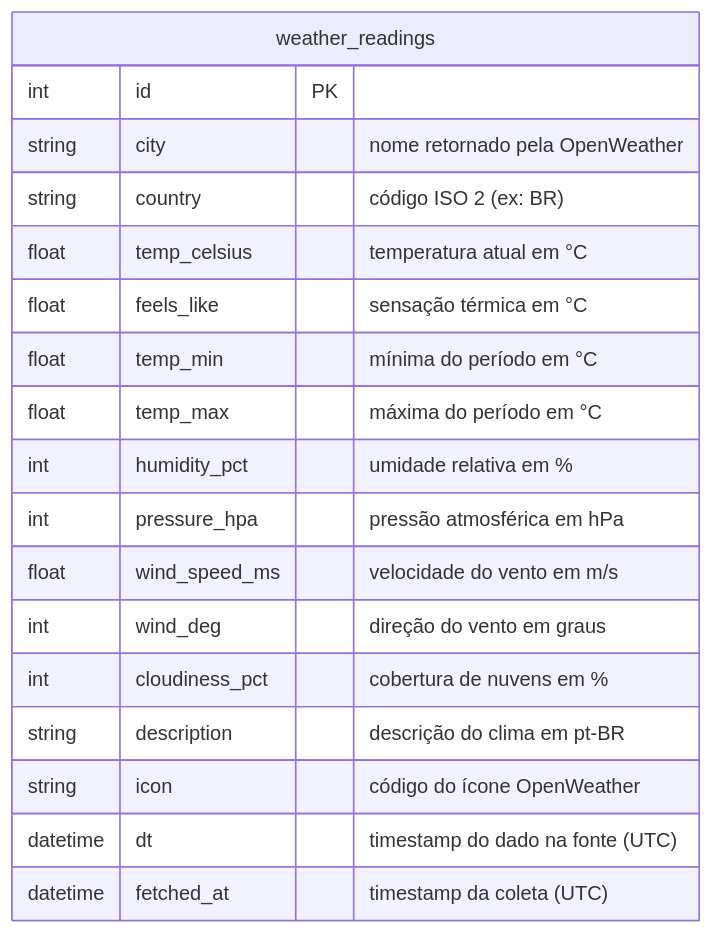
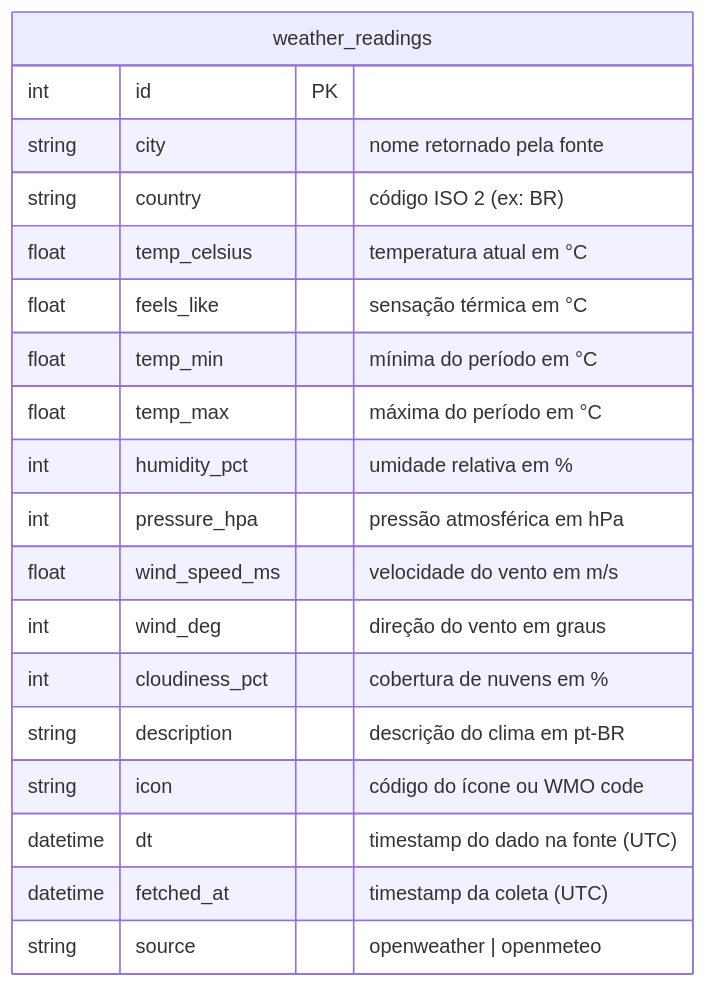
The first of 4 diagrams in README.md (jonmferreira/gntech-weather-api), drawn with Mermaid before and after one commit. The commit also changed other lines of this file and 1 other file, not shown here.

First line of the commit message:
refactor: /readings/latest retorna WeatherReadingOut simples

````diff
--- a/README.md
+++ b/README.md
@@ -53,21 +52,22 @@
 ```mermaid
 erDiagram
     weather_readings {
         int      id             PK
-        string   city           "nome retornado pela OpenWeather"
+        string   city           "nome retornado pela fonte"
         string   country        "código ISO 2 (ex: BR)"
         float    temp_celsius   "temperatura atual em °C"
         float    feels_like     "sensação térmica em °C"
         float    temp_min       "mínima do período em °C"
         float    temp_max       "máxima do período em °C"
         int      humidity_pct   "umidade relativa em %"
         int      pressure_hpa   "pressão atmosférica em hPa"
         float    wind_speed_ms  "velocidade do vento em m/s"
         int      wind_deg       "direção do vento em graus"
         int      cloudiness_pct "cobertura de nuvens em %"
         string   description    "descrição do clima em pt-BR"
-        string   icon           "código do ícone OpenWeather"
+        string   icon           "código do ícone ou WMO code"
         datetime dt             "timestamp do dado na fonte (UTC)"
         datetime fetched_at     "timestamp da coleta (UTC)"
+        string   source         "openweather | openmeteo"
     }
 ```
````
